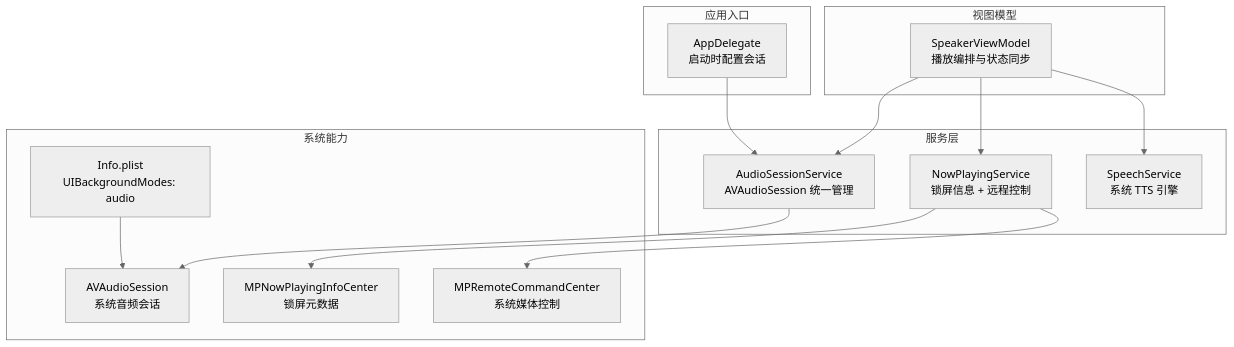
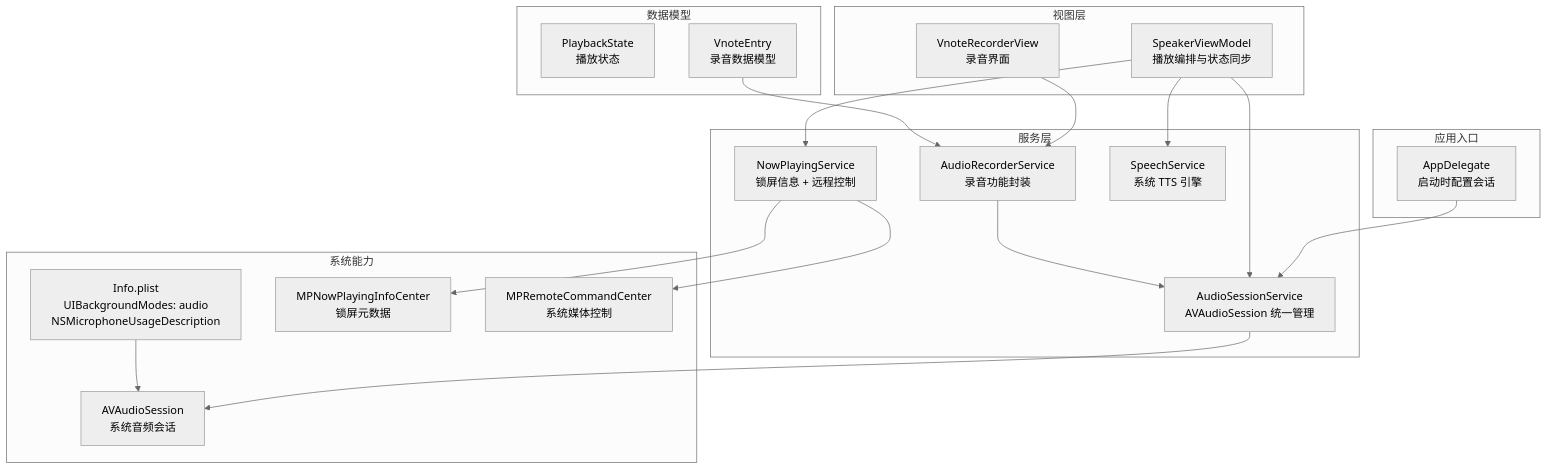
Before and after one commit to Primoguo/Knowledge: the first of 12 diagrams in .qoder/repowiki/zh/content/系统集成/音频会话管理.md, drawn with Mermaid (neutral theme). The commit also changed other lines of this file and 18 other files, not shown here.

````diff
--- a/.qoder/repowiki/zh/content/系统集成/音频会话管理.md
+++ b/.qoder/repowiki/zh/content/系统集成/音频会话管理.md
@@ -37,28 +53,37 @@
 ```mermaid
 graph TB
 subgraph "应用入口"
 AppDelegate["AppDelegate<br/>启动时配置会话"]
 end
 subgraph "服务层"
 AudioSession["AudioSessionService<br/>AVAudioSession 统一管理"]
+AudioRecorder["AudioRecorderService<br/>录音功能封装"]
 NowPlaying["NowPlayingService<br/>锁屏信息 + 远程控制"]
 Speech["SpeechService<br/>系统 TTS 引擎"]
 end
-subgraph "视图模型"
+subgraph "视图层"
 SpeakerVM["SpeakerViewModel<br/>播放编排与状态同步"]
+VnoteRecorder["VnoteRecorderView<br/>录音界面"]
+end
+subgraph "数据模型"
+PlaybackState["PlaybackState<br/>播放状态"]
+VnoteEntry["VnoteEntry<br/>录音数据模型"]
 end
 subgraph "系统能力"
-InfoPlist["Info.plist<br/>UIBackgroundModes: audio"]
+InfoPlist["Info.plist<br/>UIBackgroundModes: audio<br/>NSMicrophoneUsageDescription"]
 AVAudioSession["AVAudioSession<br/>系统音频会话"]
 MPNowPlaying["MPNowPlayingInfoCenter<br/>锁屏元数据"]
 MPCommands["MPRemoteCommandCenter<br/>系统媒体控制"]
 end
 AppDelegate --> AudioSession
 SpeakerVM --> AudioSession
 SpeakerVM --> NowPlaying
 SpeakerVM --> Speech
+VnoteRecorder --> AudioRecorder
+AudioRecorder --> AudioSession
 AudioSession --> AVAudioSession
 NowPlaying --> MPNowPlaying
 NowPlaying --> MPCommands
 InfoPlist --> AVAudioSession
+VnoteEntry --> AudioRecorder
 ```
````
